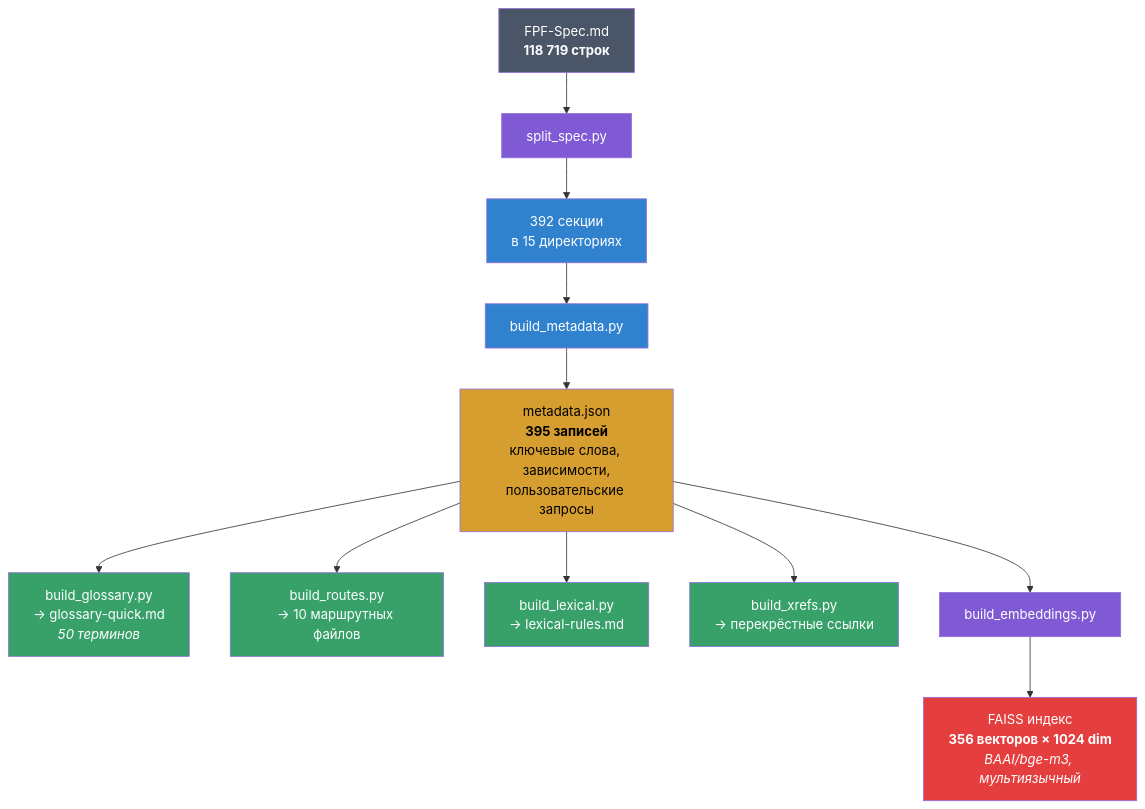
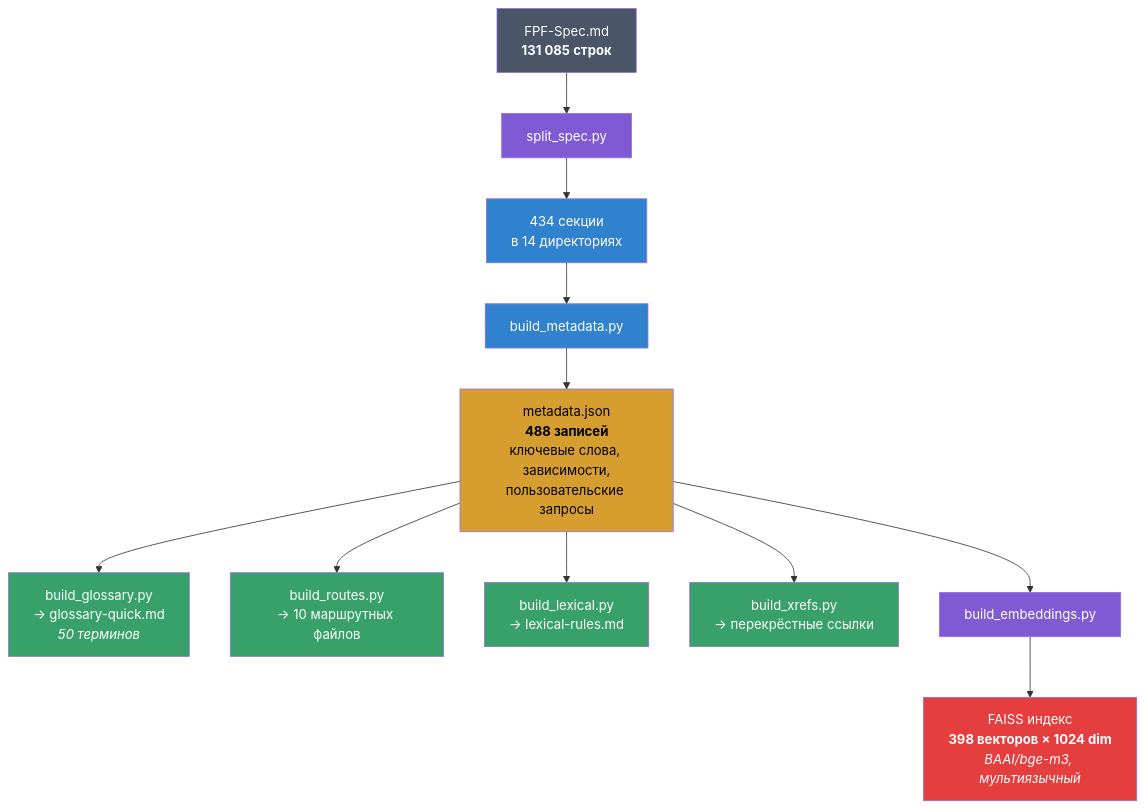
Before and after one commit to pokrovskiyv/FPF-agent: the fourth of 4 diagrams in Readme.md, drawn with Mermaid. The commit also changed other lines of this file and 548 other files, not shown here.

````diff
--- a/Readme.md
+++ b/Readme.md
@@ -217,25 +217,25 @@
 ```mermaid
 graph TD
-    Spec["FPF-Spec.md<br/><b>118 719 строк</b>"] --> Split["split_spec.py"]
-    Split --> Sections["392 секции<br/>в 15 директориях"]
+    Spec["FPF-Spec.md<br/><b>131 085 строк</b>"] --> Split["split_spec.py"]
+    Split --> Sections["434 секции<br/>в 14 директориях"]
     Sections --> Meta["build_metadata.py"]
-    Meta --> MetaJSON["metadata.json<br/><b>395 записей</b><br/>ключевые слова, зависимости,<br/>пользовательские запросы"]
+    Meta --> MetaJSON["metadata.json<br/><b>488 записей</b><br/>ключевые слова, зависимости,<br/>пользовательские запросы"]
     MetaJSON --> Gloss["build_glossary.py<br/>→ glossary-quick.md<br/><i>50 терминов</i>"]
     MetaJSON --> Routes["build_routes.py<br/>→ 10 маршрутных файлов"]
     MetaJSON --> Lex["build_lexical.py<br/>→ lexical-rules.md"]
     MetaJSON --> XRef["build_xrefs.py<br/>→ перекрёстные ссылки"]
     MetaJSON --> Emb["build_embeddings.py"]
-    Emb --> FAISS["FAISS индекс<br/><b>356 векторов × 1024 dim</b><br/><i>BAAI/bge-m3, мультиязычный</i>"]
+    Emb --> FAISS["FAISS индекс<br/><b>398 векторов × 1024 dim</b><br/><i>BAAI/bge-m3, мультиязычный</i>"]
 
     style Spec fill:#4a5568,color:#fff
     style Split fill:#805ad5,color:#fff
     style Sections fill:#3182ce,color:#fff
     style Meta fill:#3182ce,color:#fff
     style MetaJSON fill:#d69e2e,color:#000
     style Gloss fill:#38a169,color:#fff
     style Routes fill:#38a169,color:#fff
     style Lex fill:#38a169,color:#fff
     style XRef fill:#38a169,color:#fff
     style Emb fill:#805ad5,color:#fff
     style FAISS fill:#e53e3e,color:#fff
 ```
````
